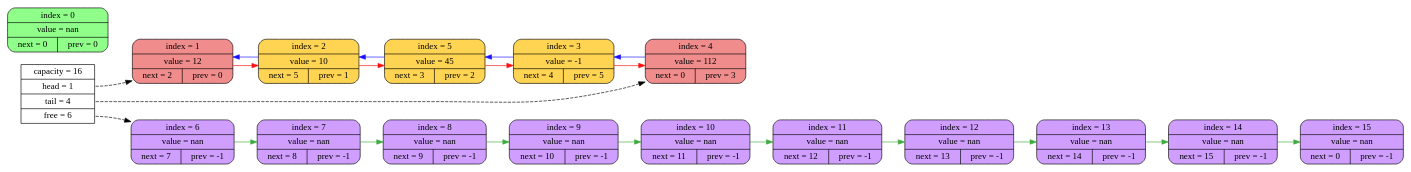
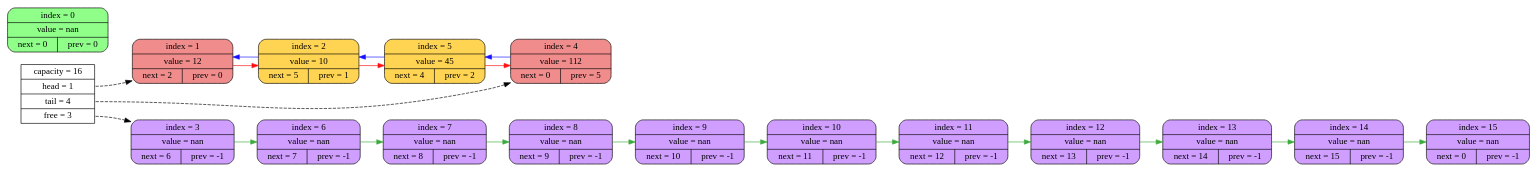
The diagram in arr_list/logs/log_graphviz.dot (2APetrin/my_list), drawn with Graphviz before and after one commit. The commit also changed 15 other files, not shown here.

```diff
--- a/arr_list/logs/log_graphviz.dot
+++ b/arr_list/logs/log_graphviz.dot
@@ -1,44 +1,43 @@
 digraph
 {
     rankdir = LR;
-    list_info[shape = record, label = "{{capacity = 16 | <f0> head = 1 | <f1> tail = 4 | <f2> free = 6}}"];
+    list_info[shape = record, label = "{{capacity = 16 | <f0> head = 1 | <f1> tail = 4 | <f2> free = 3}}"];
 
     node0[shape = Mrecord, label = "{index = 0} | {value = nan} | {next = 0 | prev = 0}", style = "filled", fillcolor = "#8FFF8A"];
     node1[shape = Mrecord, label = "{index = 1} | {value = 12} | {next = 2 | prev = 0}", style = "filled", fillcolor = "#F08C8C"];
     node2[shape = Mrecord, label = "{index = 2} | {value = 10} | {next = 5 | prev = 1}", style = "filled", fillcolor = "#FFD452"];
-    node3[shape = Mrecord, label = "{index = 3} | {value = -1} | {next = 4 | prev = 5}", style = "filled", fillcolor = "#FFD452"];
-    node4[shape = Mrecord, label = "{index = 4} | {value = 112} | {next = 0 | prev = 3}", style = "filled", fillcolor = "#F08C8C"];
-    node5[shape = Mrecord, label = "{index = 5} | {value = 45} | {next = 3 | prev = 2}", style = "filled", fillcolor = "#FFD452"];
+    node3[shape = Mrecord, label = "{index = 3} | {value = nan} | {next = 6 | prev = -1}", style = "filled", fillcolor = "#CF9EFF"];
+    node4[shape = Mrecord, label = "{index = 4} | {value = 112} | {next = 0 | prev = 5}", style = "filled", fillcolor = "#F08C8C"];
+    node5[shape = Mrecord, label = "{index = 5} | {value = 45} | {next = 4 | prev = 2}", style = "filled", fillcolor = "#FFD452"];
     node6[shape = Mrecord, label = "{index = 6} | {value = nan} | {next = 7 | prev = -1}", style = "filled", fillcolor = "#CF9EFF"];
     node7[shape = Mrecord, label = "{index = 7} | {value = nan} | {next = 8 | prev = -1}", style = "filled", fillcolor = "#CF9EFF"];
     node8[shape = Mrecord, label = "{index = 8} | {value = nan} | {next = 9 | prev = -1}", style = "filled", fillcolor = "#CF9EFF"];
     node9[shape = Mrecord, label = "{index = 9} | {value = nan} | {next = 10 | prev = -1}", style = "filled", fillcolor = "#CF9EFF"];
     node10[shape = Mrecord, label = "{index = 10} | {value = nan} | {next = 11 | prev = -1}", style = "filled", fillcolor = "#CF9EFF"];
     node11[shape = Mrecord, label = "{index = 11} | {value = nan} | {next = 12 | prev = -1}", style = "filled", fillcolor = "#CF9EFF"];
     node12[shape = Mrecord, label = "{index = 12} | {value = nan} | {next = 13 | prev = -1}", style = "filled", fillcolor = "#CF9EFF"];
     node13[shape = Mrecord, label = "{index = 13} | {value = nan} | {next = 14 | prev = -1}", style = "filled", fillcolor = "#CF9EFF"];
     node14[shape = Mrecord, label = "{index = 14} | {value = nan} | {next = 15 | prev = -1}", style = "filled", fillcolor = "#CF9EFF"];
     node15[shape = Mrecord, label = "{index = 15} | {value = nan} | {next = 0 | prev = -1}", style = "filled", fillcolor = "#CF9EFF"];
 
     node1->node2 [color = "#FF0F0F"];
     node2->node5 [color = "#FF0F0F"];
     node2->node1 [color = "#170FFF"];
-    node3->node4 [color = "#FF0F0F"];
-    node3->node5 [color = "#170FFF"];
-    node4->node3 [color = "#170FFF"];
-    node5->node3 [color = "#FF0F0F"];
+    node3->node6 [color = "#3CAA3C"];
+    node4->node5 [color = "#170FFF"];
+    node5->node4 [color = "#FF0F0F"];
     node5->node2 [color = "#170FFF"];
     node6->node7 [color = "#3CAA3C"];
     node7->node8 [color = "#3CAA3C"];
     node8->node9 [color = "#3CAA3C"];
     node9->node10 [color = "#3CAA3C"];
     node10->node11 [color = "#3CAA3C"];
     node11->node12 [color = "#3CAA3C"];
     node12->node13 [color = "#3CAA3C"];
     node13->node14 [color = "#3CAA3C"];
     node14->node15 [color = "#3CAA3C"];
 
     list_info:<f0>->node1 [color = "black", style="dashed"];
     list_info:<f1>->node4 [color = "black", style="dashed"];
-    list_info:<f2>->node6 [color = "black", style="dashed"];
+    list_info:<f2>->node3 [color = "black", style="dashed"];
 }
```
